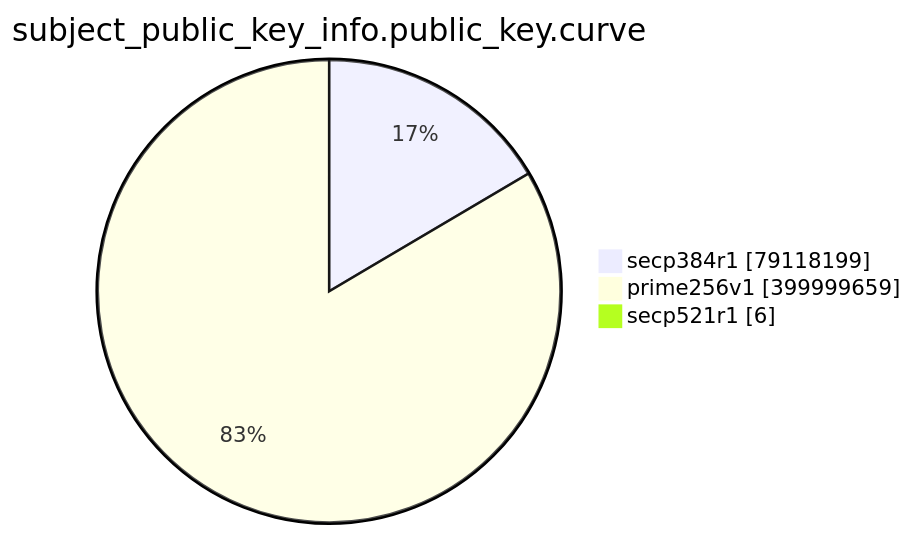
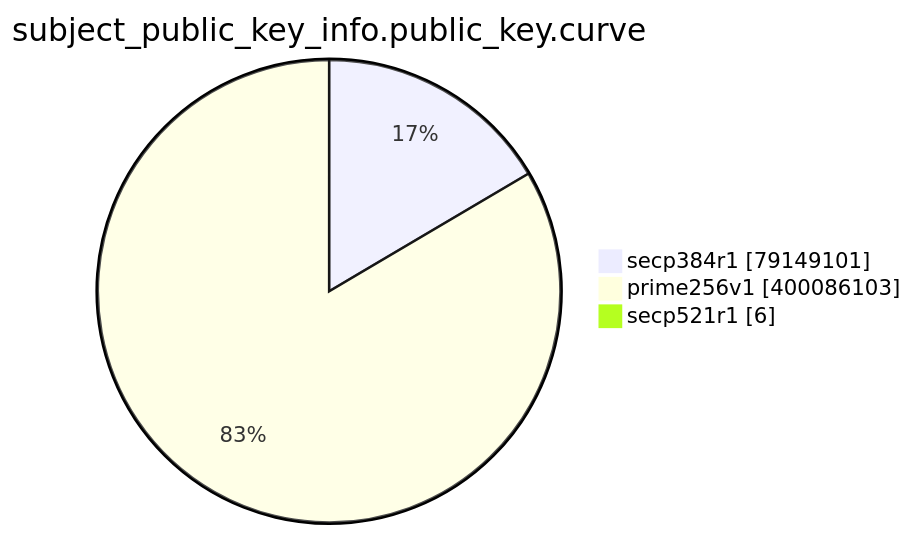
One commit to christiankrug/ctmonitor_visualization changed the eighth of 15 diagrams in TOTAL/README.md. Above: the diagram before and after it, drawn with Mermaid. The commit also changed other lines of this file, not shown here.

````diff
--- a/TOTAL/README.md
+++ b/TOTAL/README.md
@@ -3095,7 +3095,7 @@
 ```mermaid
 pie showData
 title subject_public_key_info.public_key.curve
-"secp384r1" :79118199
-"prime256v1" :399999659
+"secp384r1" :79149101
+"prime256v1" :400086103
 "secp521r1" :6
 ```
````
